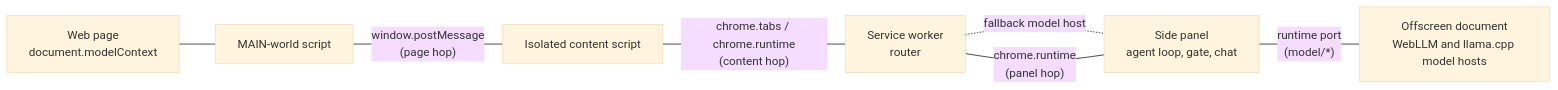
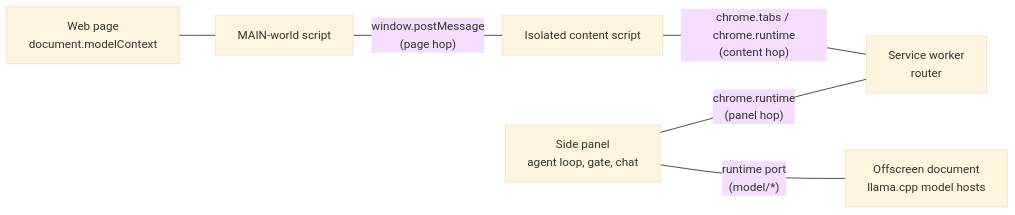
The first of 2 diagrams in docs/ARCHITECTURE.md (andreibesleaga/webaiassist), drawn with Mermaid (base theme) before and after one commit. The commit also changed other lines of this file and 161 other files, not shown here.

Commit message:
0.1.1: one licensed engine (llama.cpp) for every model in the browser; WebLLM and the unlicensed model libraries removed

````diff
--- a/docs/ARCHITECTURE.md
+++ b/docs/ARCHITECTURE.md
@@ -138,9 +140,8 @@
 ```mermaid
 flowchart LR
   Page["Web page<br/>document.modelContext"] --- Main["MAIN-world script"]
   Main -- "window.postMessage<br/>(page hop)" --- Iso["Isolated content script"]
   Iso -- "chrome.tabs / chrome.runtime<br/>(content hop)" --- SW["Service worker<br/>router"]
   Panel["Side panel<br/>agent loop, gate, chat"] -- "chrome.runtime<br/>(panel hop)" --- SW
-  Panel -- "runtime port<br/>(model/*)" --- Off["Offscreen document<br/>WebLLM and llama.cpp model hosts"]
-  SW -. "fallback model host" .- Panel
+  Panel -- "runtime port<br/>(model/*)" --- Off["Offscreen document<br/>llama.cpp model hosts"]
 ```
````
